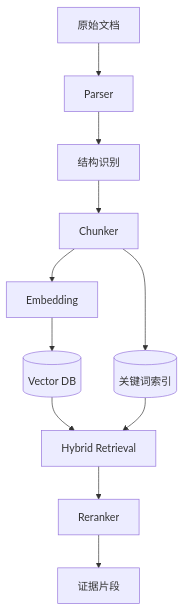
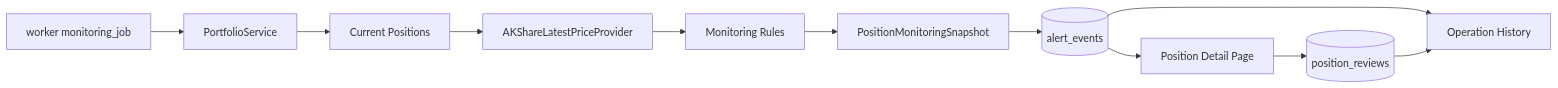
Before and after one commit to RickyW0529/Margin: the seventh of 10 diagrams in docs/design/v0.1/architecture/Margin_架构设计_v0.1_中文.md, drawn with Mermaid. The commit also changed other lines of this file and 171 other files, not shown here.

````diff
--- a/docs/design/v0.1/architecture/Margin_架构设计_v0.1_中文.md
+++ b/docs/design/v0.1/architecture/Margin_架构设计_v0.1_中文.md
@@ -356,13 +351,13 @@
 ```mermaid
-flowchart TD
-    A[原始文档] --> B[Parser]
-    B --> C[结构识别]
-    C --> D[Chunker]
-    D --> E[Embedding]
-    E --> F[(Vector DB)]
-    D --> G[(关键词索引)]
-    F --> H[Hybrid Retrieval]
-    G --> H
-    H --> I[Reranker]
-    I --> J[证据片段]
+flowchart LR
+    Worker[worker monitoring_job] --> Portfolio[PortfolioService]
+    Portfolio --> Positions[Current Positions]
+    Positions --> Price[AKShareLatestPriceProvider]
+    Price --> Rules[Monitoring Rules]
+    Rules --> Snapshot[PositionMonitoringSnapshot]
+    Snapshot --> Alerts[(alert_events)]
+    Alerts --> UI[Position Detail Page]
+    UI --> Review[(position_reviews)]
+    Alerts --> History[Operation History]
+    Review --> History
 ```
````
